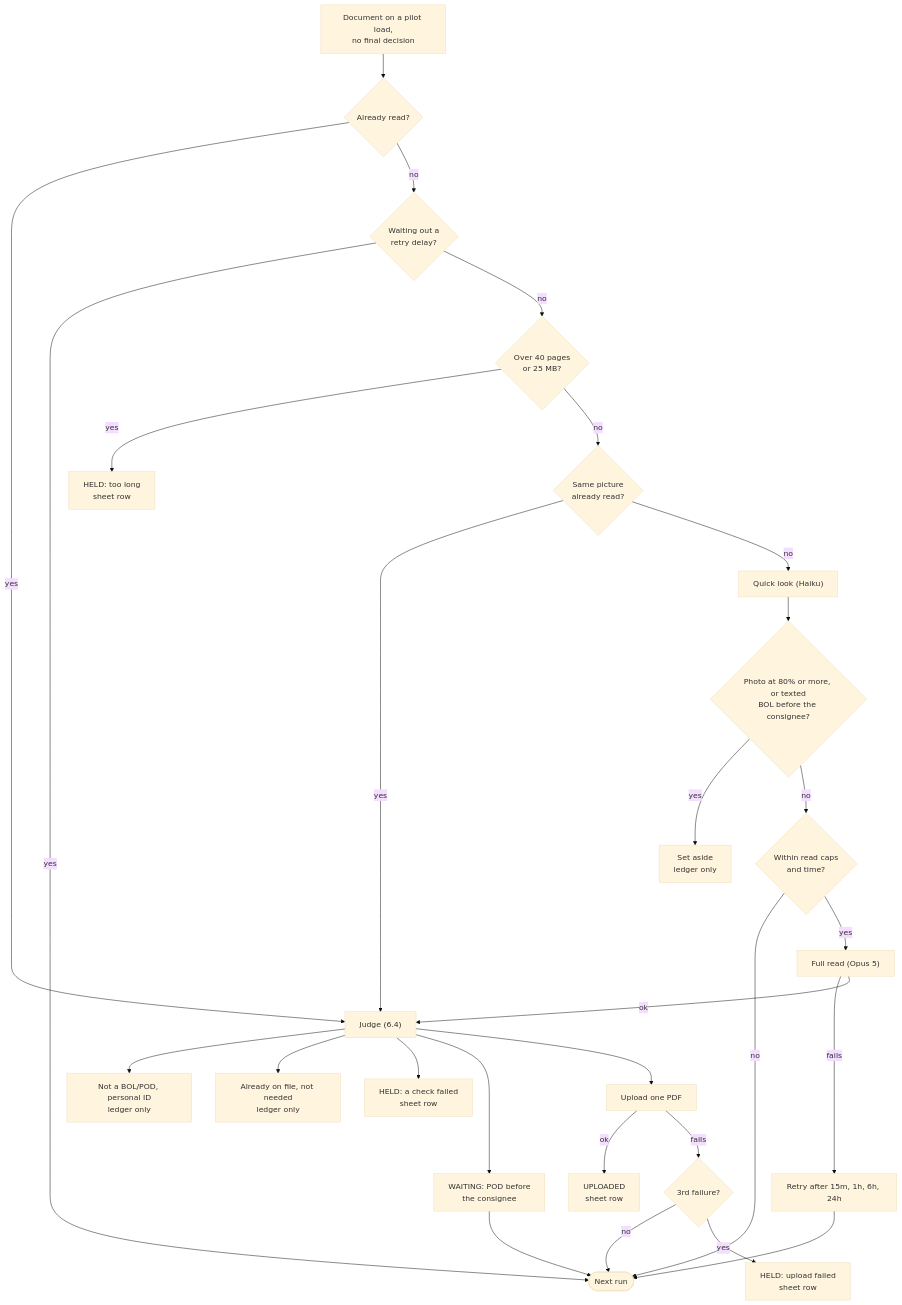
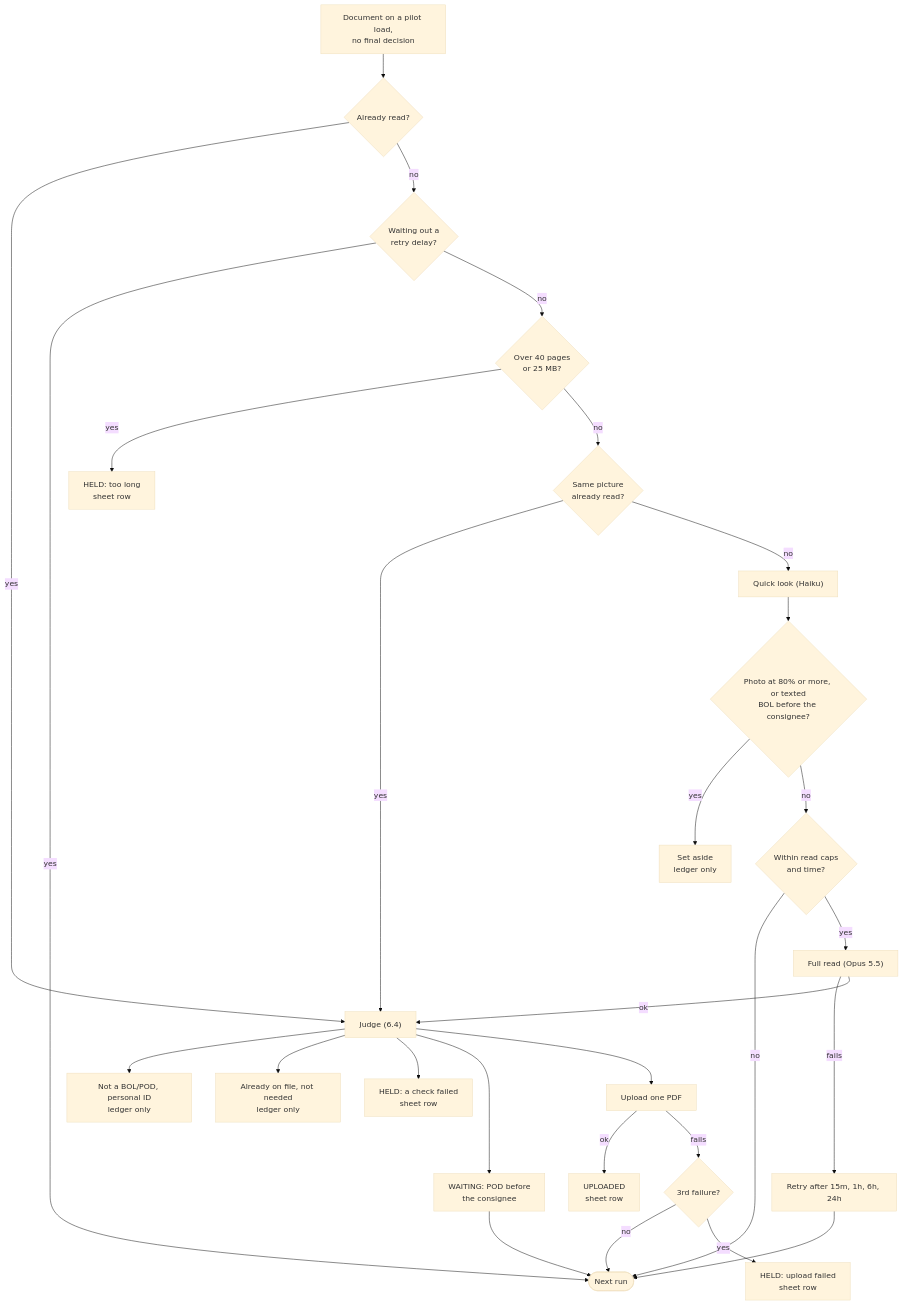
Before and after one commit to hrushikeshattarde/Track-Trace-Doc-Upload: the third of 3 diagrams in docs/PIPELINE.md, drawn with Mermaid (base theme). The commit also changed other lines of this file and 3 other files, not shown here.

````diff
--- a/docs/PIPELINE.md
+++ b/docs/PIPELINE.md
@@ -613,28 +613,28 @@
 ```mermaid
 flowchart TD
     N["Document on a pilot load,<br/>no final decision"] --> RC{"Already read?"}
     RC -- yes --> J["Judge (6.4)"]
     RC -- no --> BO{"Waiting out a<br/>retry delay?"}
     BO -- yes --> NX(["Next run"])
     BO -- no --> TL{"Over 40 pages<br/>or 25 MB?"}
     TL -- yes --> H1["HELD: too long<br/>sheet row"]
     TL -- no --> SP{"Same picture<br/>already read?"}
     SP -- yes --> J
     SP -- no --> QL["Quick look (Haiku)"]
     QL --> SA{"Photo at 80% or more, or texted<br/>BOL before the consignee?"}
     SA -- yes --> AS["Set aside<br/>ledger only"]
     SA -- no --> CAP{"Within read caps<br/>and time?"}
     CAP -- no --> NX
-    CAP -- yes --> FR["Full read (Opus 5)"]
+    CAP -- yes --> FR["Full read (Opus 5.5)"]
     FR -- fails --> RT["Retry after 15m, 1h, 6h, 24h"] --> NX
     FR -- ok --> J
     J --> X1["Not a BOL/POD, personal ID<br/>ledger only"]
     J --> X2["Already on file, not needed<br/>ledger only"]
     J --> X3["HELD: a check failed<br/>sheet row"]
     J --> X4["WAITING: POD before<br/>the consignee"] --> NX
     J --> UP["Upload one PDF"]
     UP -- ok --> UD["UPLOADED<br/>sheet row"]
     UP -- fails --> F3{"3rd failure?"}
     F3 -- no --> NX
     F3 -- yes --> H2["HELD: upload failed<br/>sheet row"]
 ```
````
